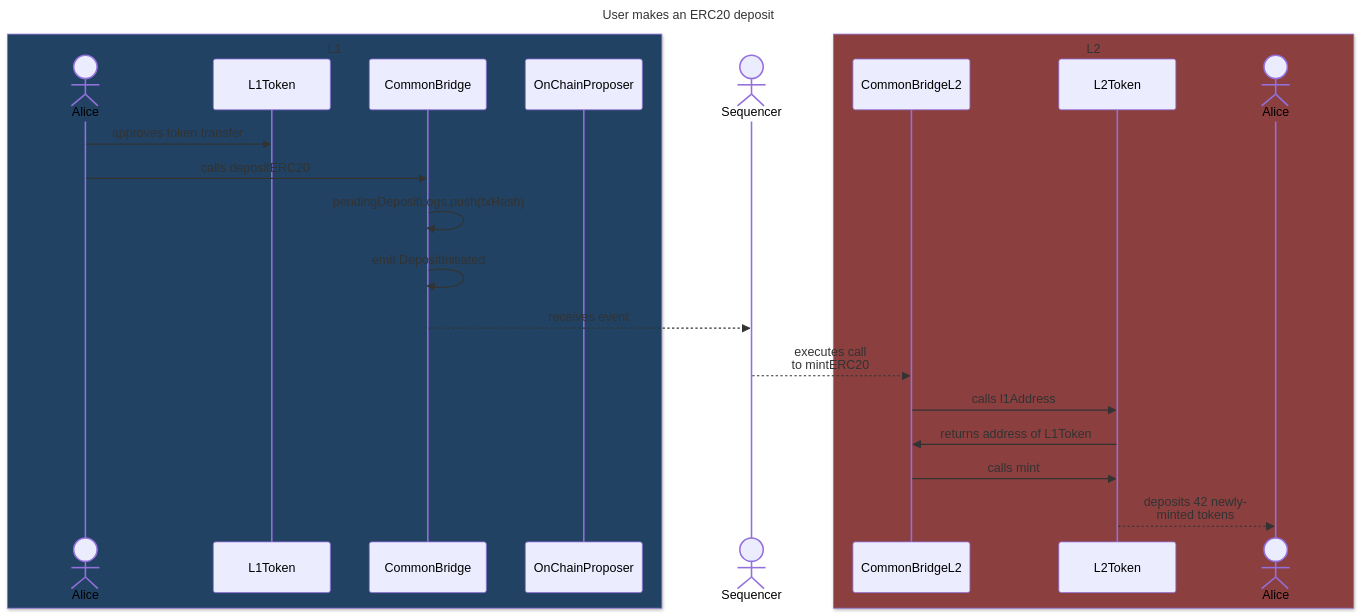
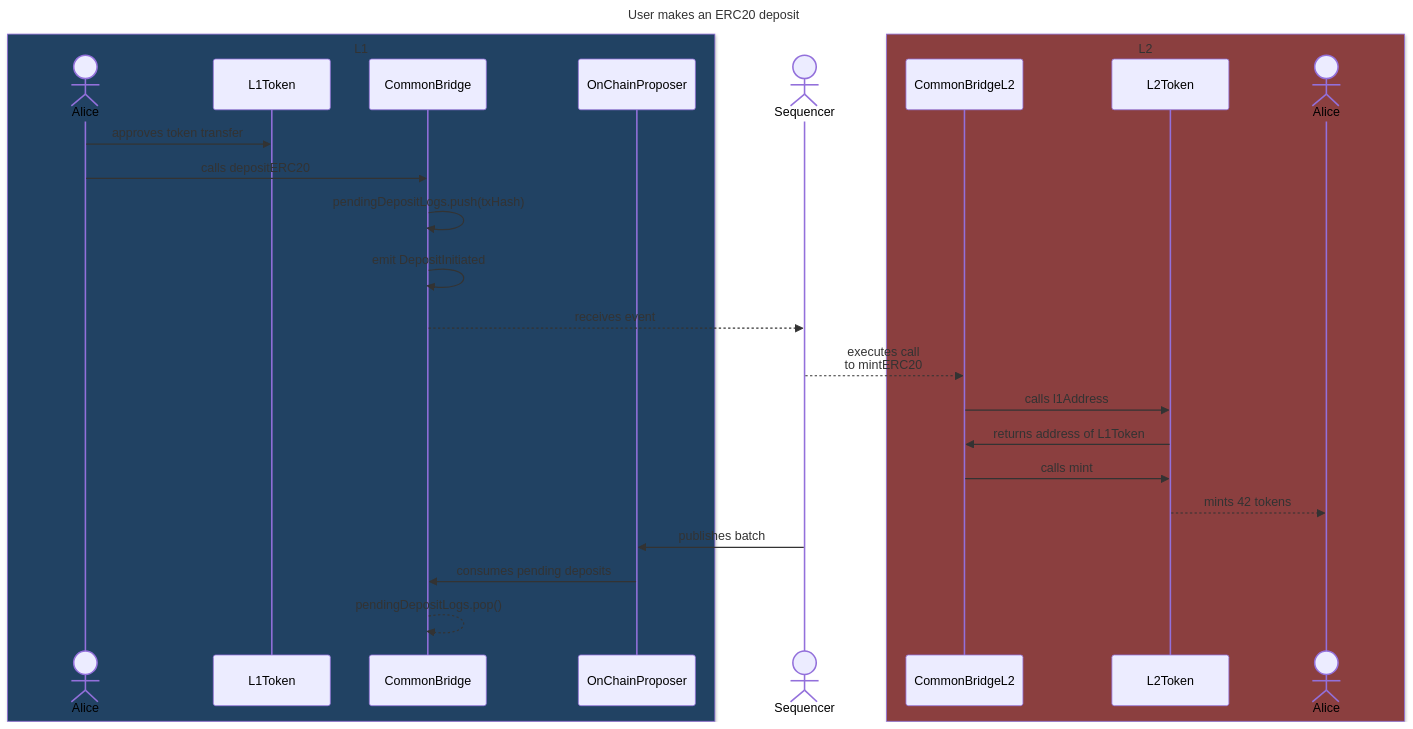
One commit to lambdaclass/ethrex changed the second of 2 diagrams in docs/l2/deposits.md. Above: the diagram before and after it, drawn with Mermaid. The commit also changed other lines of this file, not shown here.

Commit message:
docs(l2): update deposit diagrams with second L1 part

````diff
--- a/docs/l2/deposits.md
+++ b/docs/l2/deposits.md
@@ -115,34 +119,38 @@
 ```mermaid
 ---
 title: User makes an ERC20 deposit
 ---
 sequenceDiagram
     box rgb(33,66,99) L1
         actor L1Alice as Alice
         participant L1Token
         participant CommonBridge
         participant OnChainProposer
     end
 
     actor Sequencer
 
     box rgb(139, 63, 63) L2
         participant CommonBridgeL2
         participant L2Token
         actor L2Alice as Alice
     end
 
     L1Alice->>L1Token: approves token transfer
     L1Alice->>CommonBridge: calls depositERC20
     CommonBridge->>CommonBridge: pendingDepositLogs.push(txHash)
     CommonBridge->>CommonBridge: emit DepositInitiated
 
     CommonBridge-->>Sequencer: receives event
     Sequencer-->>CommonBridgeL2: executes call <br>to mintERC20
 
     CommonBridgeL2->>L2Token: calls l1Address
     L2Token->>CommonBridgeL2: returns address of L1Token
 
     CommonBridgeL2->>L2Token: calls mint
-    L2Token-->>L2Alice: deposits 42 newly-<br>minted tokens
+    L2Token-->>L2Alice: mints 42 tokens
+
+    Sequencer->>OnChainProposer: publishes batch
+    OnChainProposer->>CommonBridge: consumes pending deposits
+    CommonBridge-->>CommonBridge: pendingDepositLogs.pop()
 ```
````
